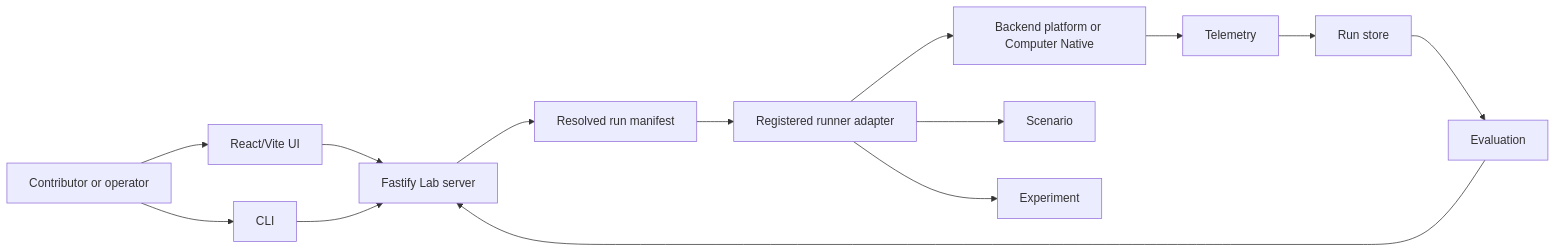
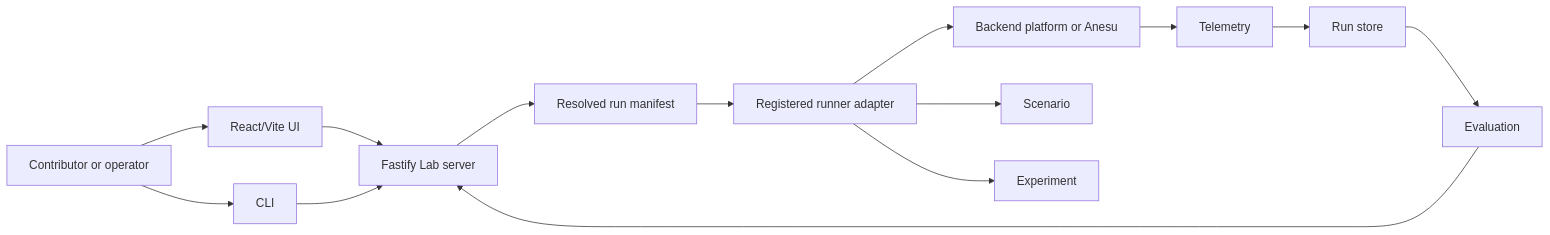
One commit to iamenochchirima/agents-lab changed the second of 2 diagrams in docs/architecture/system-overview.md. Above: the diagram before and after it, drawn with Mermaid. The commit also changed other lines of this file and 249 other files, not shown here.

Commit message:
refactor: rename computer-native harness to Anesu

````diff
--- a/docs/architecture/system-overview.md
+++ b/docs/architecture/system-overview.md
@@ -54,29 +54,29 @@
 ```mermaid
 flowchart LR
   User[Contributor or operator]
   UI[React/Vite UI]
   CLI[CLI]
   Server[Fastify Lab server]
   Config[Resolved run manifest]
   Runner[Registered runner adapter]
-  Implementation[Backend platform or Computer Native]
+  Implementation[Backend platform or Anesu]
   Scenario[Scenario]
   Experiment[Experiment]
   Telemetry[Telemetry]
   Store[Run store]
   Evaluation[Evaluation]
 
   User --> UI
   UI --> Server
   User --> CLI
   CLI --> Server
   Server --> Config
   Config --> Runner
   Runner --> Implementation
   Runner --> Scenario
   Runner --> Experiment
   Implementation --> Telemetry
   Telemetry --> Store
   Store --> Evaluation
   Evaluation --> Server
 ```
````
